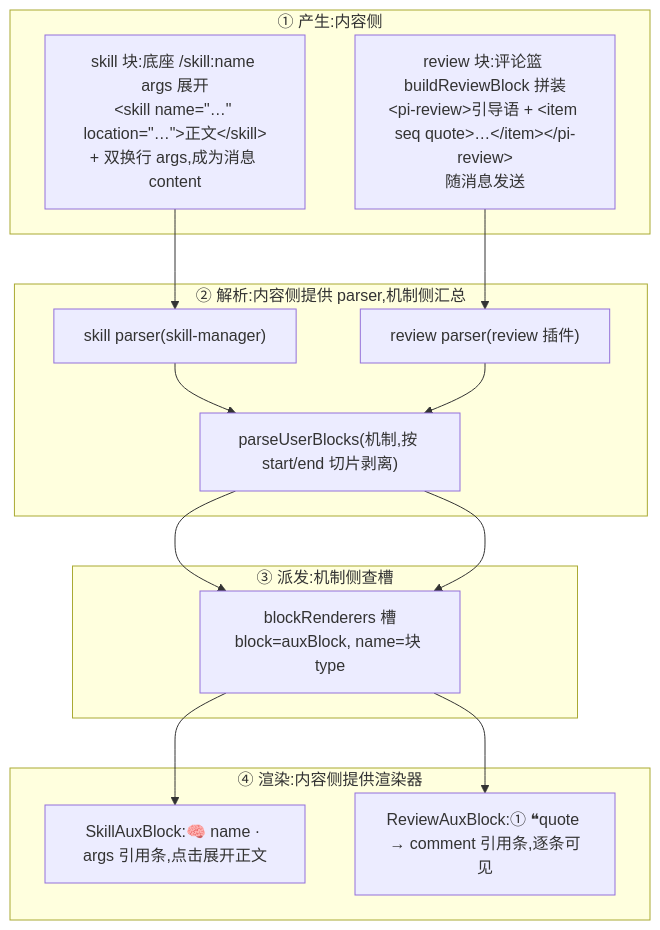
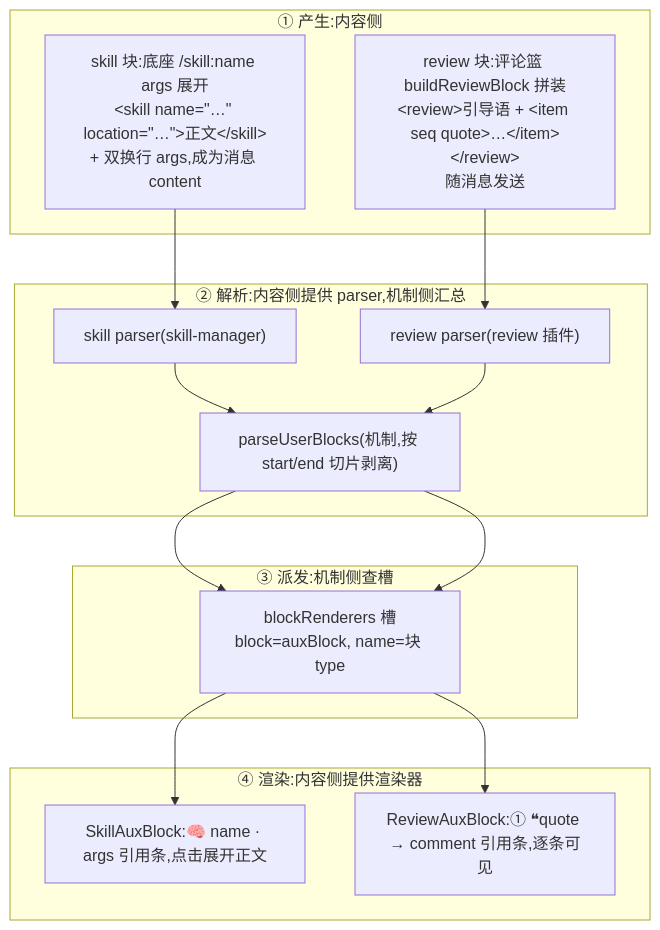
One commit to GOODDAYDAY/my-harness-desktop changed the second of 4 diagrams in docs/design/aux-block-mechanism.md. Above: the diagram before and after it, drawn with Mermaid. The commit also changed other lines of this file and 730 other files, not shown here.

````diff
--- a/docs/design/aux-block-mechanism.md
+++ b/docs/design/aux-block-mechanism.md
@@ -66,23 +66,23 @@
 ```mermaid
 flowchart TB
     subgraph 产生["① 产生:内容侧"]
         P1["skill 块:底座 /skill:name args 展开<br/>&lt;skill name=&quot;…&quot; location=&quot;…&quot;&gt;正文&lt;/skill&gt;<br/>+ 双换行 args,成为消息 content"]
-        P2["review 块:评论篮 buildReviewBlock 拼装<br/>&lt;pi-review&gt;引导语 + &lt;item seq quote&gt;…&lt;/item&gt;&lt;/pi-review&gt;<br/>随消息发送"]
+        P2["review 块:评论篮 buildReviewBlock 拼装<br/>&lt;review&gt;引导语 + &lt;item seq quote&gt;…&lt;/item&gt;&lt;/review&gt;<br/>随消息发送"]
     end
     subgraph 解析["② 解析:内容侧提供 parser,机制侧汇总"]
         R1["skill parser(skill-manager)"]
         R2["review parser(review 插件)"]
         R3["parseUserBlocks(机制,按 start/end 切片剥离)"]
     end
     subgraph 派发["③ 派发:机制侧查槽"]
         D["blockRenderers 槽<br/>block=auxBlock, name=块 type"]
     end
     subgraph 渲染["④ 渲染:内容侧提供渲染器"]
         S1["SkillAuxBlock:🧠 name · args 引用条,点击展开正文"]
         S2["ReviewAuxBlock:① ❝quote → comment 引用条,逐条可见"]
     end
     P1 --> R1 --> R3
     P2 --> R2 --> R3
     R3 --> D --> S1
     R3 --> D --> S2
 ```
````
